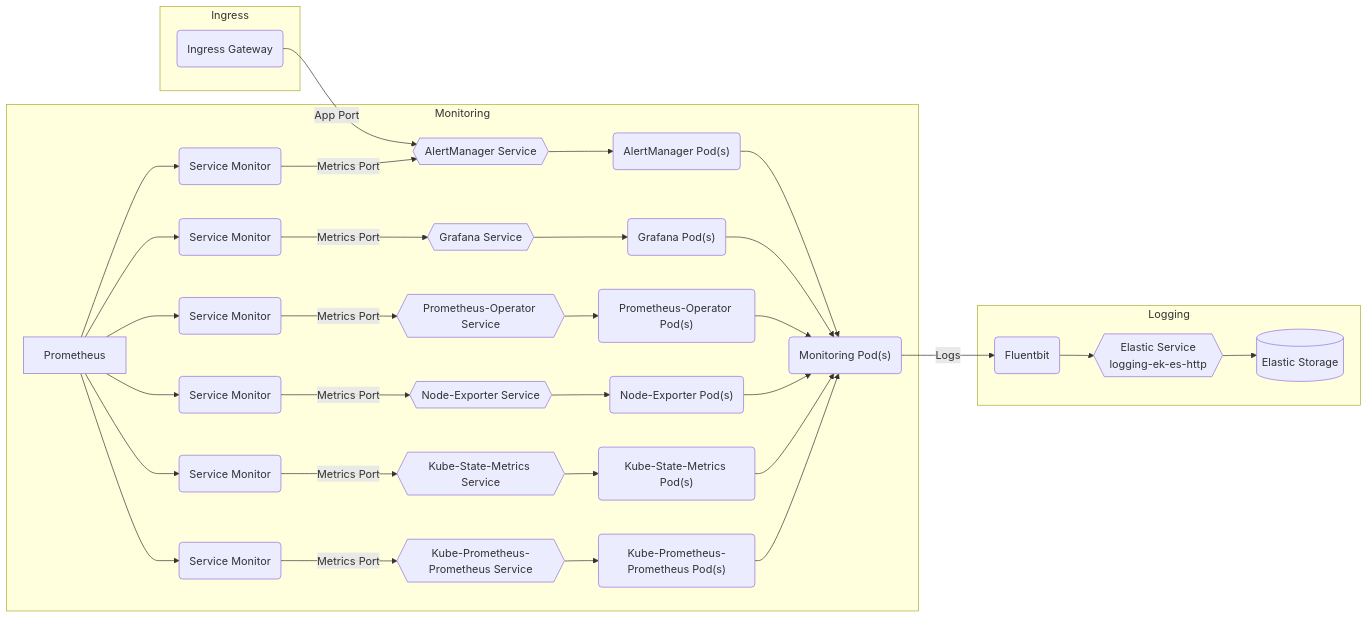
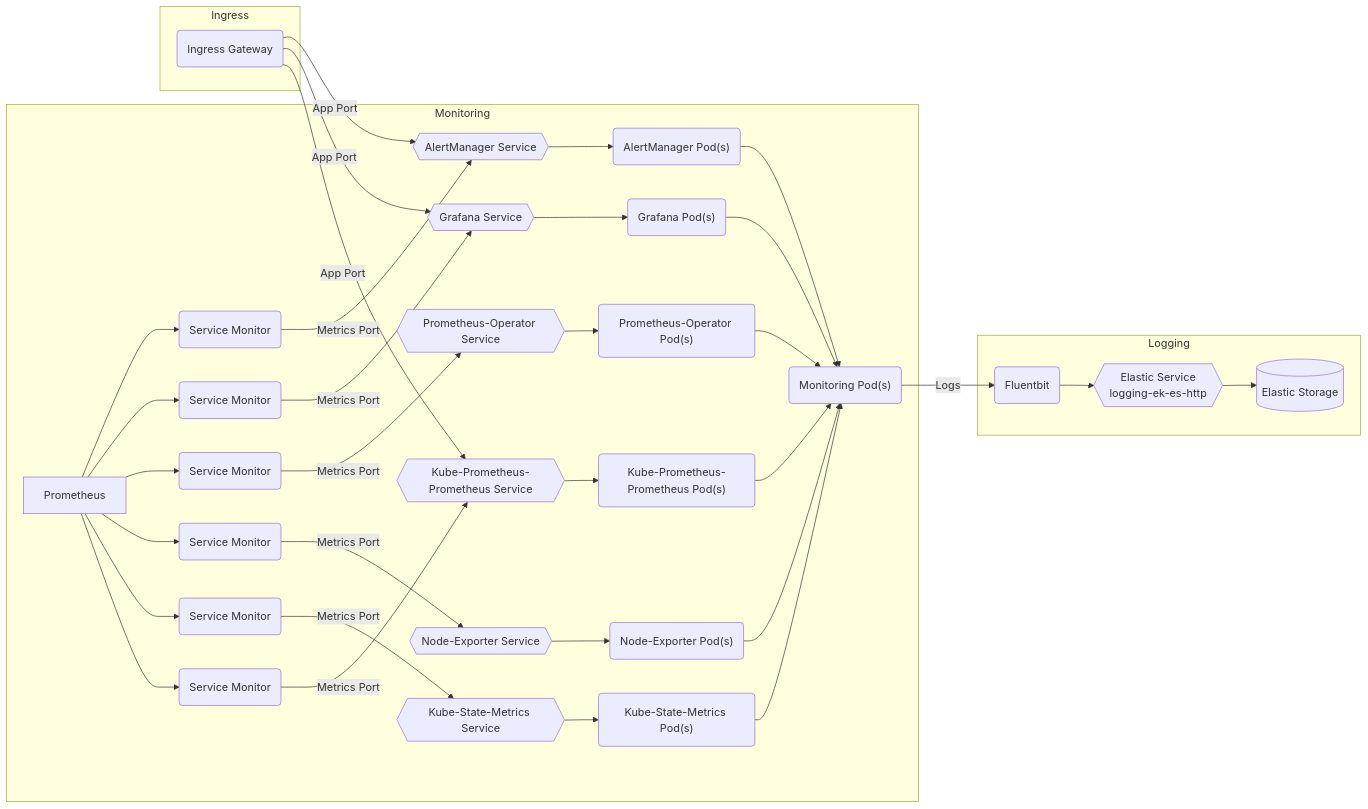
The diagram in charter/packages/monitoring/Architecture.md (sbko/bigbang), drawn with Mermaid before and after one commit.

Commit message:
monitoring architecture

````diff
--- a/charter/packages/monitoring/Architecture.md
+++ b/charter/packages/monitoring/Architecture.md
@@ -12,38 +12,40 @@
  ```mermaid
 graph LR
   subgraph "Monitoring"
     alertmanagerpods("AlertManager Pod(s)") --> monitoringpods("Monitoring Pod(s)")
     alertmanagerservice{{AlertManager Service}} --> alertmanagerpods("AlertManager Pod(s)")
     alertmanagersvcmonitor("Service Monitor") --"Metrics Port"--> alertmanagerservice
     Prometheus --> alertmanagersvcmonitor("Service Monitor")
     grafanapods("Grafana Pod(s)") --> monitoringpods("Monitoring Pod(s)")
     grafanaservice{{Grafana Service}} --> grafanapods("Grafana Pod(s)")
     grafanasvcmonitor("Service Monitor") --"Metrics Port"--> grafanaservice
     Prometheus --> grafanasvcmonitor("Service Monitor")
     prometheusoperatorpods("Prometheus-Operator Pod(s)") --> monitoringpods("Monitoring Pod(s)")
     prometheusoperatorservice{{Prometheus-Operator Service}} -->  prometheusoperatorpods("Prometheus-Operator Pod(s)")
     prometheusoperatorsvcmonitor("Service Monitor") --"Metrics Port"--> prometheusoperatorservice
     Prometheus --> prometheusoperatorsvcmonitor("Service Monitor")
     nodeexporterpods("Node-Exporter Pod(s)") --> monitoringpods("Monitoring Pod(s)")
     nodeexporterservice{{Node-Exporter Service}} -->  nodeexporterpods("Node-Exporter Pod(s)")
     nodeexportersvcmonitor("Service Monitor") --"Metrics Port"-->  nodeexporterservice
     Prometheus --> nodeexportersvcmonitor("Service Monitor")
     kubestatemetricspods("Kube-State-Metrics Pod(s)") --> monitoringpods("Monitoring Pod(s)")
     kubestatemetricsservice{{Kube-State-Metrics Service}} -->  kubestatemetricspods("Kube-State-Metrics Pod(s)")
     kubestatemetricssvcmonitor("Service Monitor") --"Metrics Port"-->  kubestatemetricsservice
     Prometheus --> kubestatemetricssvcmonitor("Service Monitor")
     kubeprometheuspods("Kube-Prometheus-Prometheus Pod(s)") --> monitoringpods("Monitoring Pod(s)")
     kubeprometheusservice{{Kube-Prometheus-Prometheus Service}} -->  kubeprometheuspods("Kube-Prometheus-Prometheus Pod(s)")
     kubeprometheussvcmonitor("Service Monitor") --"Metrics Port"-->  kubeprometheusservice
     Prometheus --> kubeprometheussvcmonitor("Service Monitor")
   end
 
   subgraph "Logging"
     monitoringpods("Monitoring Pod(s)") --"Logs"--> fluent(Fluentbit) --> logging-ek-es-http
     logging-ek-es-http{{Elastic Service<br />logging-ek-es-http}} --> elastic[(Elastic Storage)]
   end
   subgraph "Ingress"
     ig(Ingress Gateway) --"App Port"--> alertmanagerservice
+    ig(Ingress Gateway) --"App Port"--> grafanaservice
+    ig(Ingress Gateway) --"App Port"--> kubeprometheusservice
   end 
   
 ```   
````
